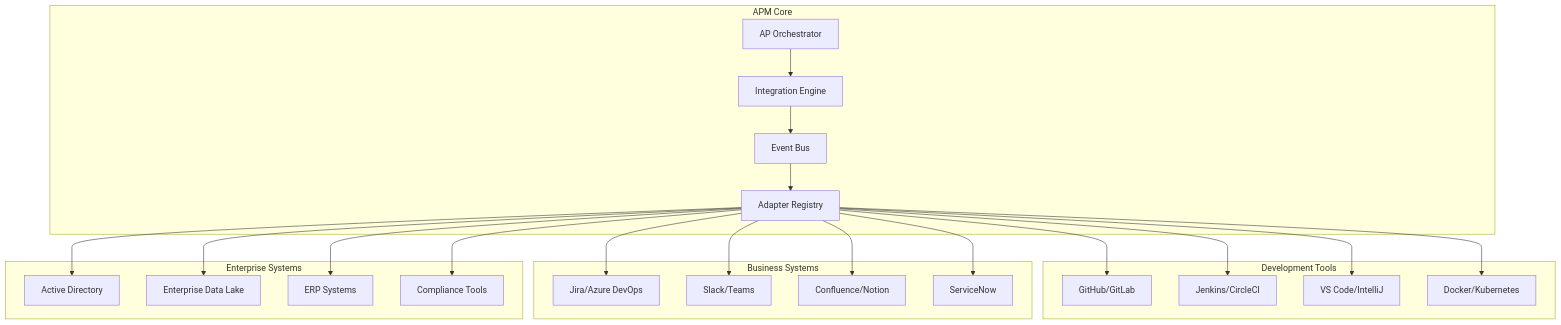
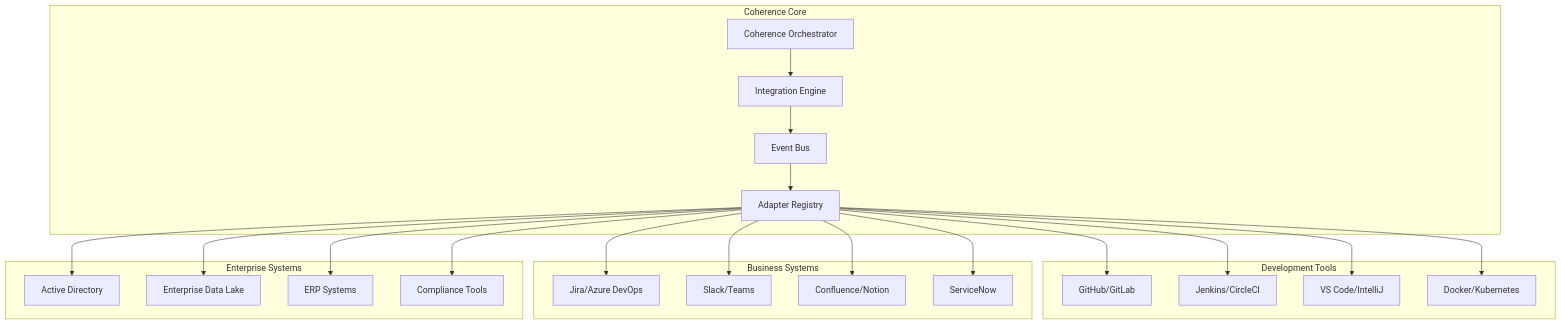
One commit to omayhemo/APM changed the diagram in .apm/documentation/05-advanced/integration-patterns.md. Above: the diagram before and after it, drawn with Mermaid. The commit also changed other lines of this file and 192 other files, not shown here.

````diff
--- a/.apm/documentation/05-advanced/integration-patterns.md
+++ b/.apm/documentation/05-advanced/integration-patterns.md
@@ -19,49 +19,49 @@
 ```mermaid
 graph TB
-    subgraph "APM Core"
-        A[AP Orchestrator]
+    subgraph "Coherence Core"
+        A[Coherence Orchestrator]
         B[Integration Engine]
         C[Event Bus]
         D[Adapter Registry]
     end
     
     subgraph "Development Tools"
         E[GitHub/GitLab]
         F[Jenkins/CircleCI]
         G[VS Code/IntelliJ]
         H[Docker/Kubernetes]
     end
     
     subgraph "Business Systems"
         I[Jira/Azure DevOps]
         J[Slack/Teams]
         K[Confluence/Notion]
         L[ServiceNow]
     end
     
     subgraph "Enterprise Systems"
         M[Active Directory]
         N[Enterprise Data Lake]
         O[ERP Systems]
         P[Compliance Tools]
     end
     
     A --> B
     B --> C
     C --> D
     
     D --> E
     D --> F
     D --> G
     D --> H
     
     D --> I
     D --> J
     D --> K
     D --> L
     
     D --> M
     D --> N
     D --> O
     D --> P
 ```
````
